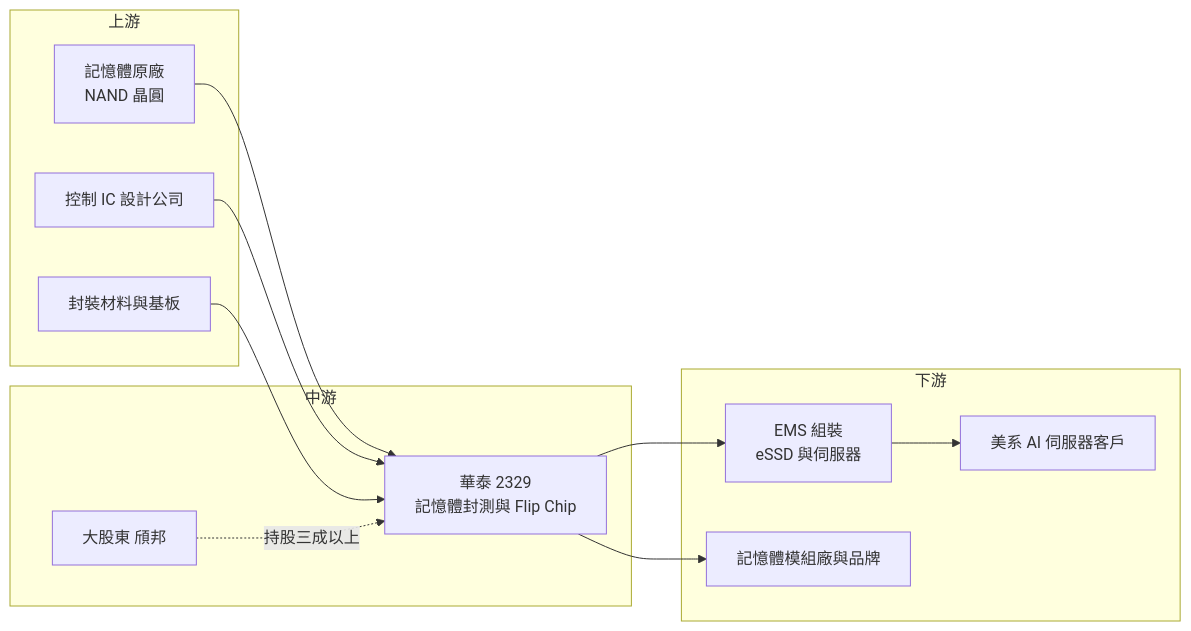
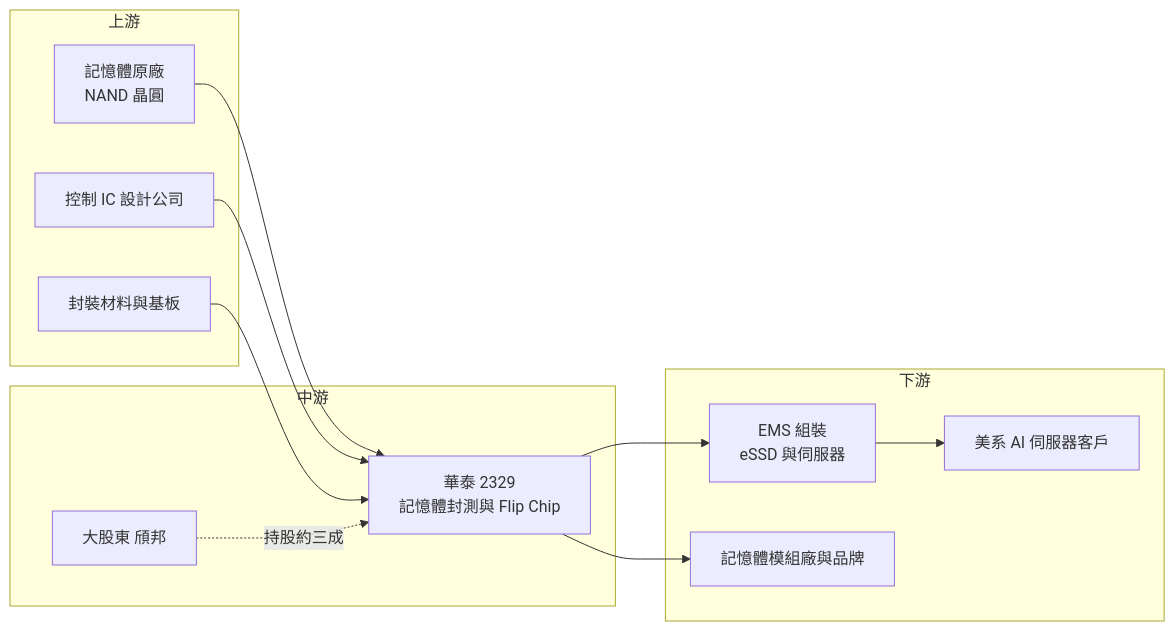
One commit to wangnick1004/taiwan-stock-vault changed the fourth of 4 diagrams in 個股/台股/2329華泰.md. Above: the diagram before and after it, drawn with Mermaid. The commit also changed other lines of this file and 10 other files, not shown here.

````diff
--- a/個股/台股/2329華泰.md
+++ b/個股/台股/2329華泰.md
@@ -207,24 +234,24 @@
 ```mermaid
 flowchart LR
     subgraph 上游
         A1["記憶體原廠<br/>NAND 晶圓"]
         A2["控制 IC 設計公司"]
         A3["封裝材料與基板"]
     end
     subgraph 中游
         B["華泰 2329<br/>記憶體封測與 Flip Chip"]
         B2["大股東 頎邦"]
     end
     subgraph 下游
         C1["EMS 組裝<br/>eSSD 與伺服器"]
         C2["美系 AI 伺服器客戶"]
         C3["記憶體模組廠與品牌"]
     end
     A1 --> B
     A2 --> B
     A3 --> B
-    B2 -.持股三成以上.-> B
+    B2 -.持股約三成.-> B
     B --> C1
     C1 --> C2
     B --> C3
 ```
````
